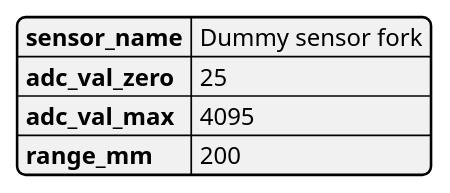
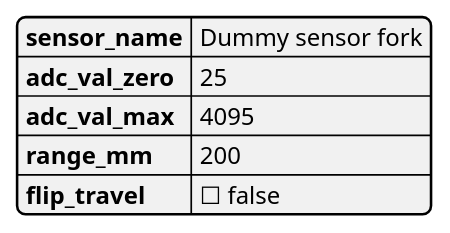
One commit to n0ll4k/bahama-mama-telemetry changed the first of 4 diagrams in docs/formats/sensor_calib_format.puml. Above: the diagram before and after it, drawn with PlantUML. The commit also changed 2 other files, not shown here.

Commit message:
Added flip travel flag to sensor calibration information.

```diff
--- a/docs/formats/sensor_calib_format.puml
+++ b/docs/formats/sensor_calib_format.puml
@@ -1,8 +1,9 @@
 @startjson Sensor Calibration JSON file
 {
     "sensor_name": "Dummy sensor fork",
     "adc_val_zero": 25,
     "adc_val_max": 4095,
-    "range_mm": 200
+    "range_mm": 200,
+    "flip_travel": false
 }
 @endjson
```
